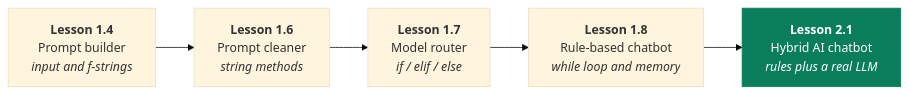
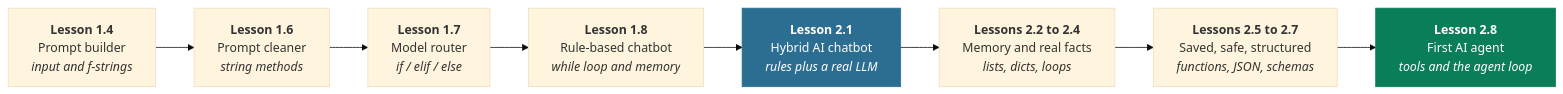
The second of 5 diagrams in README.md (RAR8812/python-ai), drawn with Mermaid (base theme) before and after one commit. The commit also changed other lines of this file, not shown here.

````diff
--- a/README.md
+++ b/README.md
@@ -88,12 +88,16 @@
 ```mermaid
 flowchart LR
     A["<b>Lesson 1.4</b><br/>Prompt builder<br/><i>input and f-strings</i>"]
     B["<b>Lesson 1.6</b><br/>Prompt cleaner<br/><i>string methods</i>"]
     C["<b>Lesson 1.7</b><br/>Model router<br/><i>if / elif / else</i>"]
     D["<b>Lesson 1.8</b><br/>Rule-based chatbot<br/><i>while loop and memory</i>"]
     E["<b>Lesson 2.1</b><br/>Hybrid AI chatbot<br/><i>rules plus a real LLM</i>"]
+    F["<b>Lessons 2.2 to 2.4</b><br/>Memory and real facts<br/><i>lists, dicts, loops</i>"]
+    G["<b>Lessons 2.5 to 2.7</b><br/>Saved, safe, structured<br/><i>functions, JSON, schemas</i>"]
+    H["<b>Lesson 2.8</b><br/>First AI agent<br/><i>tools and the agent loop</i>"]
 
-    A --> B --> C --> D --> E
+    A --> B --> C --> D --> E --> F --> G --> H
 
-    style E fill:#0a7d5a,stroke:#0a7d5a,color:#ffffff
+    style E fill:#2c6e91,stroke:#2c6e91,color:#ffffff
+    style H fill:#0a7d5a,stroke:#0a7d5a,color:#ffffff
 ```
````
